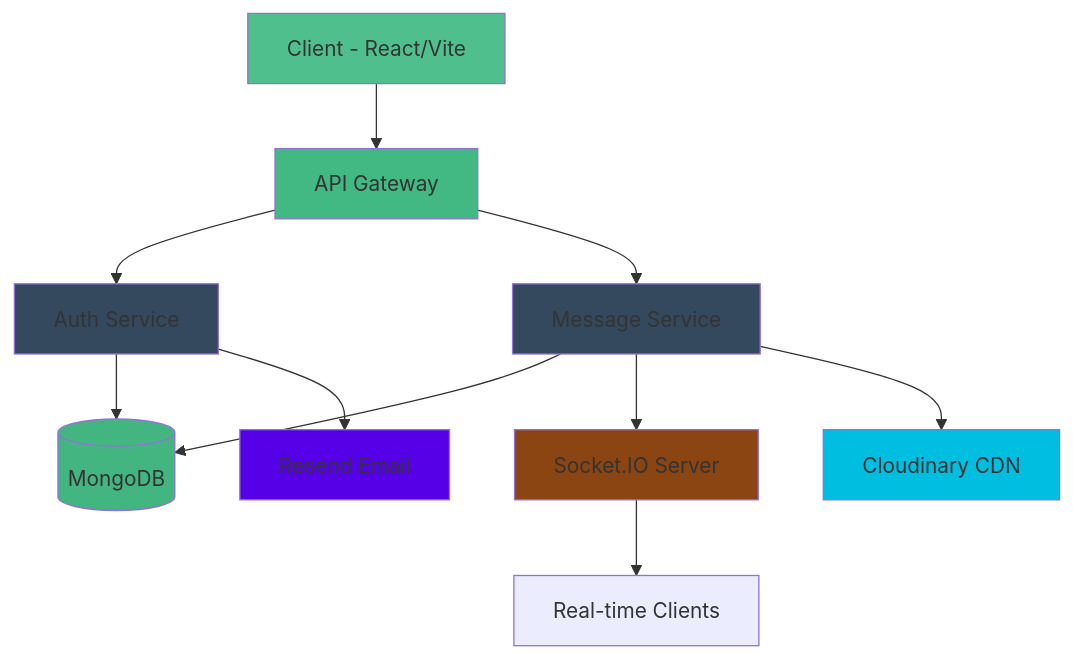
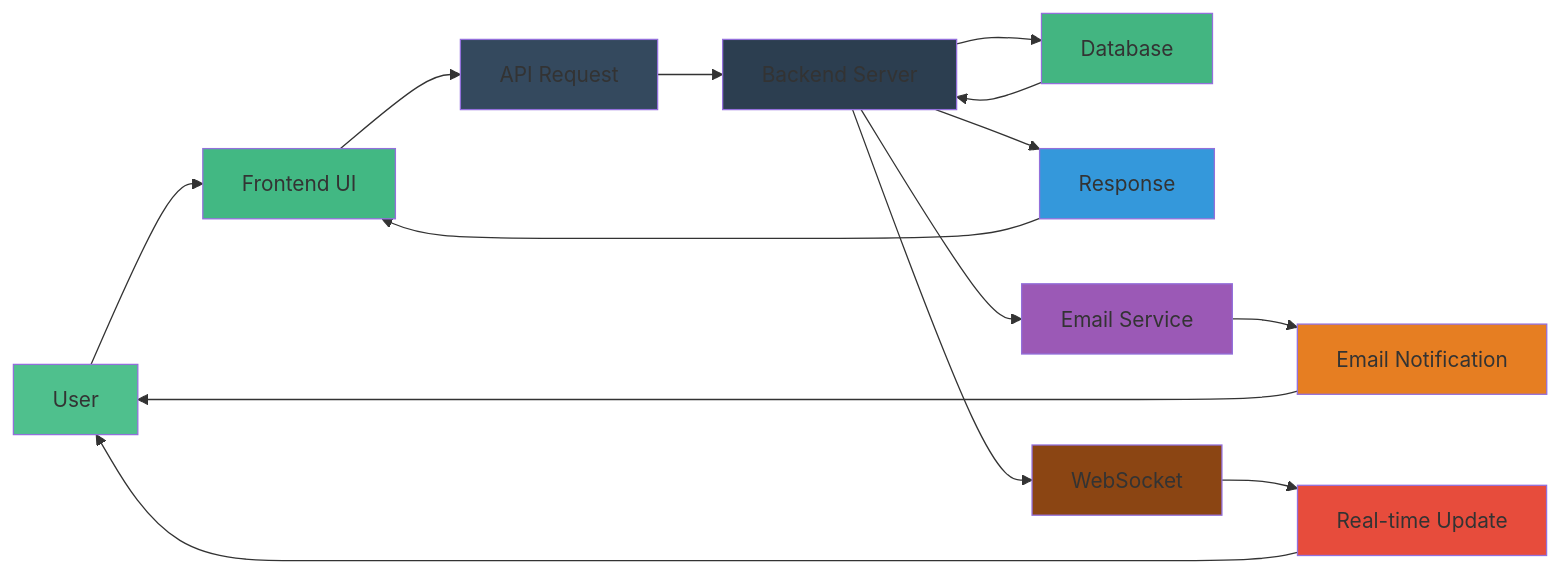
One commit to Mausam5055/Connect-Flow-V03 changed the diagram in README.md. Above: the diagram before and after it, drawn with Mermaid. The commit also changed other lines of this file and 2 other files, not shown here.

````diff
--- a/README.md
+++ b/README.md
@@ -47,21 +127,27 @@
 ```mermaid
-graph TB
-    A[Client - React/Vite] --> B[API Gateway]
-    B --> C[Auth Service]
-    B --> D[Message Service]
-    C --> E[(MongoDB)]
-    D --> E
-    D --> F[Socket.IO Server]
-    F --> G[Real-time Clients]
-    C --> H[Resend Email]
-    D --> I[Cloudinary CDN]
+flowchart LR
+    A[User] --> B[Frontend UI]
+    B --> C[API Request]
+    C --> D[Backend Server]
+    D --> E[Database]
+    E --> D
+    D --> F[Response]
+    F --> B
+    D --> G[Email Service]
+    G --> H[Email Notification]
+    H --> A
+    D --> I[WebSocket]
+    I --> J[Real-time Update]
+    J --> A
     
     style A fill:#4FC08D
     style B fill:#42b883
     style C fill:#34495e
-    style D fill:#34495e
+    style D fill:#2c3e50
     style E fill:#43b581
-    style F fill:#8B4513
-    style H fill:#5600E8
-    style I fill:#00BEE0
+    style F fill:#3498db
+    style G fill:#9b59b6
+    style H fill:#e67e22
+    style I fill:#8B4513
+    style J fill:#e74c3c
 ```
````
